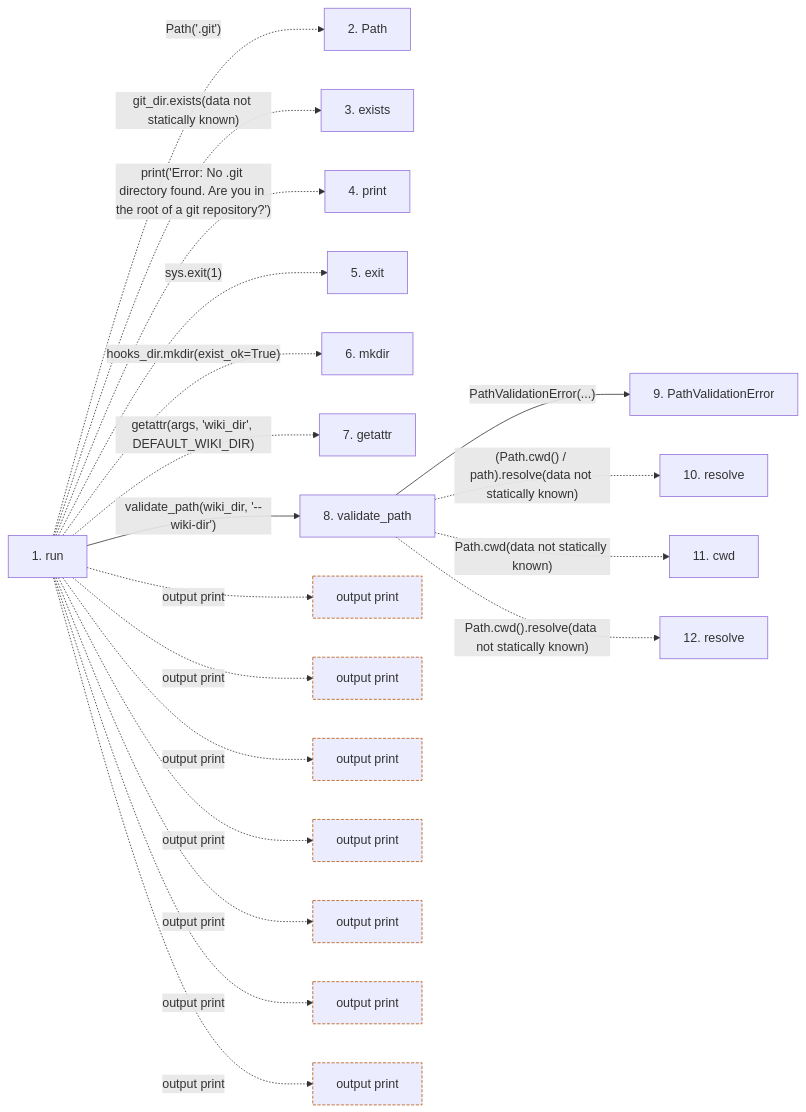
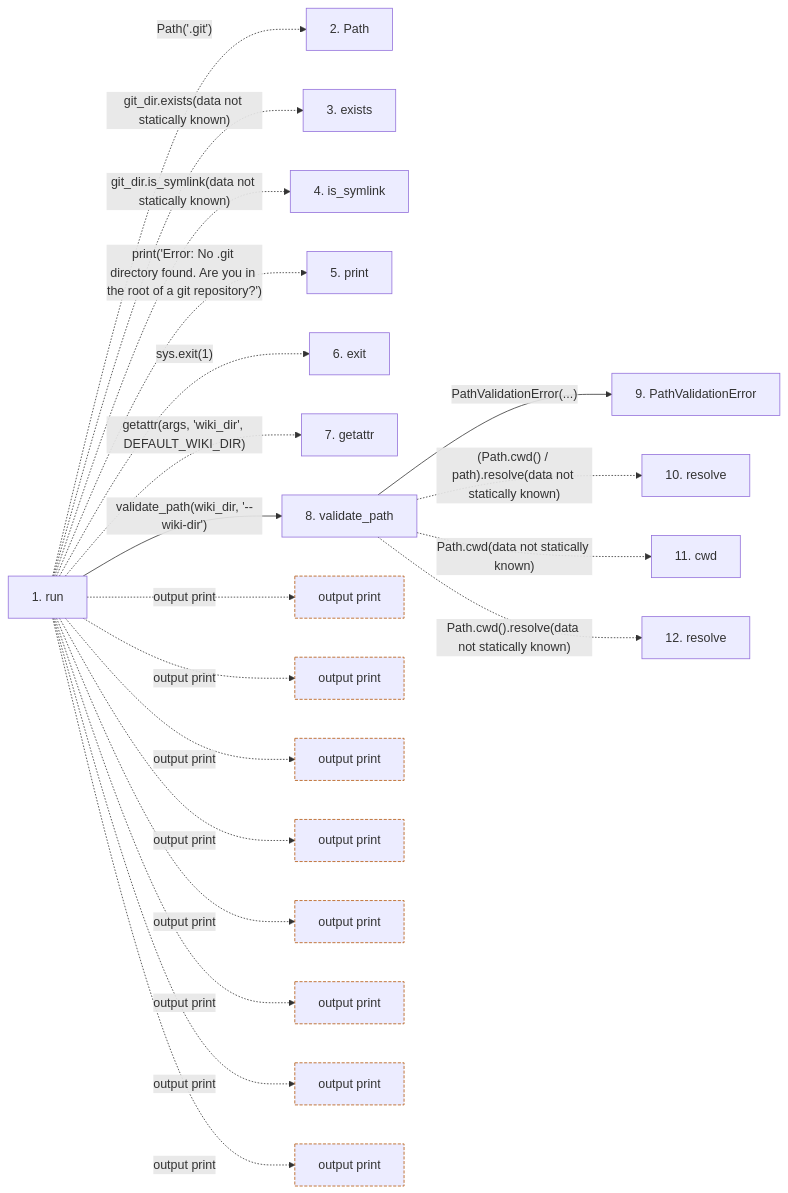
Before and after one commit to Denissvgn/python-wiki-llm: the second of 2 diagrams in docs/llm_wiki/flows/cli-install-hook.md, drawn with Mermaid. The commit also changed other lines of this file and 364 other files, not shown here.

````diff
--- a/docs/llm_wiki/flows/cli-install-hook.md
+++ b/docs/llm_wiki/flows/cli-install-hook.md
@@ -73,51 +84,54 @@
 ```mermaid
 flowchart LR
     s1["1. run"]
     s2["2. Path"]
     s3["3. exists"]
-    s4["4. print"]
-    s5["5. exit"]
-    s6["6. mkdir"]
+    s4["4. is_symlink"]
+    s5["5. print"]
+    s6["6. exit"]
     s7["7. getattr"]
     s8["8. validate_path"]
     s9["9. PathValidationError"]
     s10["10. resolve"]
     s11["11. cwd"]
     s12["12. resolve"]
     s1 -. "Path('.git')" .-> s2
     s1 -. "git_dir.exists(data not statically known)" .-> s3
-    s1 -. "print('Error: No .git directory found. Are you in the root of a git repository?')" .-> s4
-    s1 -. "sys.exit(1)" .-> s5
-    s1 -. "hooks_dir.mkdir(exist_ok=True)" .-> s6
+    s1 -. "git_dir.is_symlink(data not statically known)" .-> s4
+    s1 -. "print('Error: No .git directory found. Are you in the root of a git repository?')" .-> s5
+    s1 -. "sys.exit(1)" .-> s6
     s1 -. "getattr(args, 'wiki_dir', DEFAULT_WIKI_DIR)" .-> s7
     s1 -->|"validate_path(wiki_dir, '--wiki-dir')"| s8
     s8 -->|"PathValidationError(...)"| s9
     s8 -. "(Path.cwd() / path).resolve(data not statically known)" .-> s10
     s8 -. "Path.cwd(data not statically known)" .-> s11
     s8 -. "Path.cwd().resolve(data not statically known)" .-> s12
     b0["output print"]
     s1 -. "output print" .-> b0
     b1["output print"]
     s1 -. "output print" .-> b1
     b2["output print"]
     s1 -. "output print" .-> b2
     b3["output print"]
     s1 -. "output print" .-> b3
     b4["output print"]
     s1 -. "output print" .-> b4
     b5["output print"]
     s1 -. "output print" .-> b5
     b6["output print"]
     s1 -. "output print" .-> b6
+    b7["output print"]
+    s1 -. "output print" .-> b7
     click s1 "../modules/hook_cmd.md"
     click s8 "../modules/config.md"
     click s9 "../modules/config.md"
     classDef boundary stroke:#b45309,stroke-dasharray: 4 2
     class b0 boundary
     class b1 boundary
     class b2 boundary
     class b3 boundary
     class b4 boundary
     class b5 boundary
     class b6 boundary
+    class b7 boundary
 ```
````
